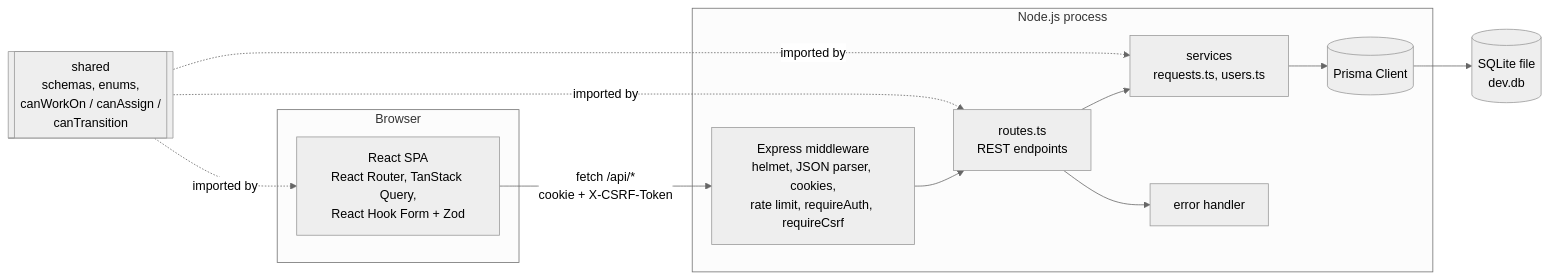
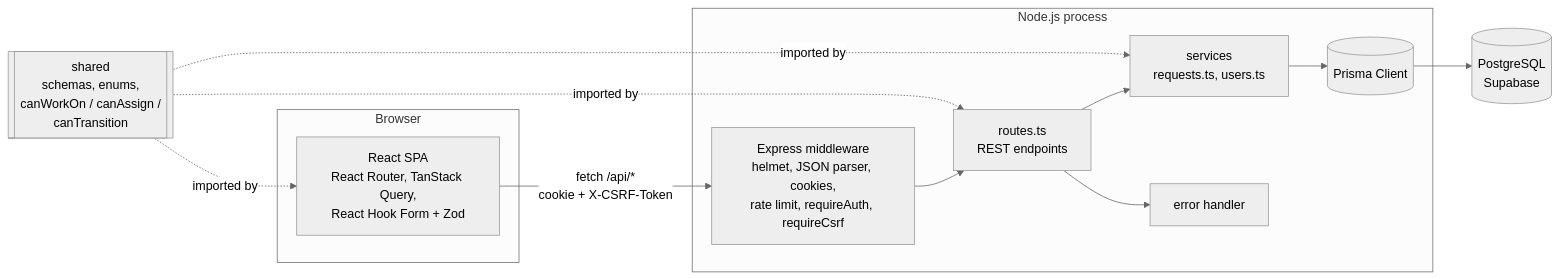
Before and after one commit to DeanHasani/Service-Requests-Organizer: the first of 2 diagrams in docs/architecture.md, drawn with Mermaid (neutral theme). The commit also changed other lines of this file and 36 other files, not shown here.

````diff
--- a/docs/architecture.md
+++ b/docs/architecture.md
@@ -7,21 +7,21 @@
 ```mermaid
 flowchart LR
   subgraph Browser
     UI[React SPA<br/>React Router, TanStack Query,<br/>React Hook Form + Zod]
   end
   subgraph Server["Node.js process"]
     MW[Express middleware<br/>helmet, JSON parser, cookies,<br/>rate limit, requireAuth, requireCsrf]
     R[routes.ts<br/>REST endpoints]
     S[services<br/>requests.ts, users.ts]
     E[error handler]
     P[(Prisma Client)]
   end
-  DB[(SQLite file<br/>dev.db)]
+  DB[(PostgreSQL<br/>Supabase)]
   SH[[shared<br/>schemas, enums,<br/>canWorkOn / canAssign /<br/>canTransition]]
 
   UI -- "fetch /api/*<br/>cookie + X-CSRF-Token" --> MW --> R --> S --> P --> DB
   R --> E
   SH -. imported by .-> UI
   SH -. imported by .-> R
   SH -. imported by .-> S
 ```
````
